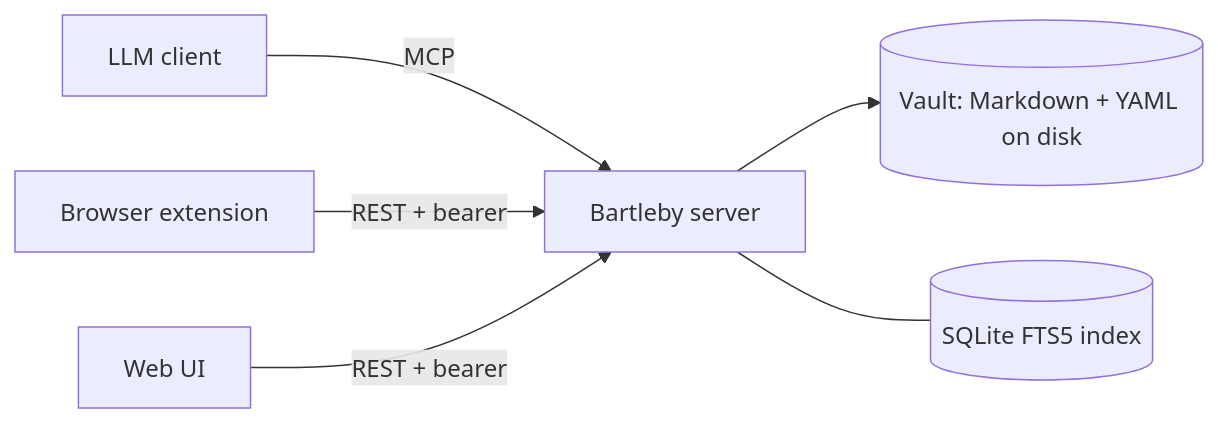
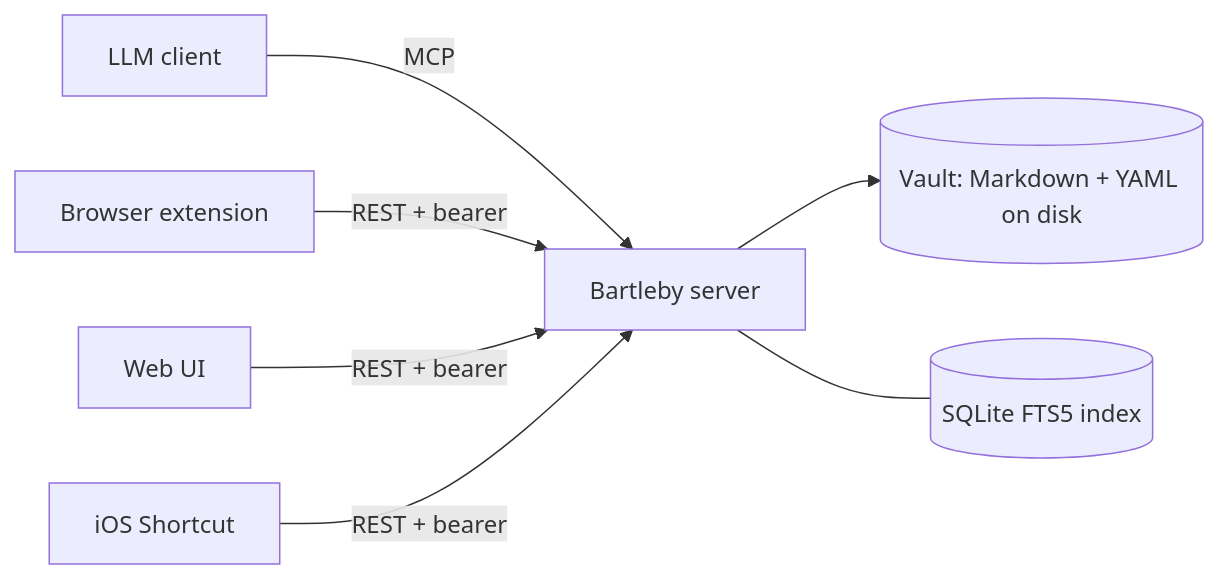
The diagram in README.md (t11z/engram), drawn with Mermaid before and after one commit. The commit also changed other lines of this file and 17 other files, not shown here.

First line of the commit message:
feat(server): add POST /api/v1/links for share-into-vault flows

````diff
--- a/README.md
+++ b/README.md
@@ -53,8 +55,9 @@
 ```mermaid
 flowchart LR
   L[LLM client] -->|MCP| S
   E[Browser extension] -->|REST + bearer| S
   W[Web UI] -->|REST + bearer| S
+  I_OS[iOS Shortcut] -->|REST + bearer| S
   S[Bartleby server] --> V[(Vault: Markdown + YAML on disk)]
   S --- I[(SQLite FTS5 index)]
 ```
````
